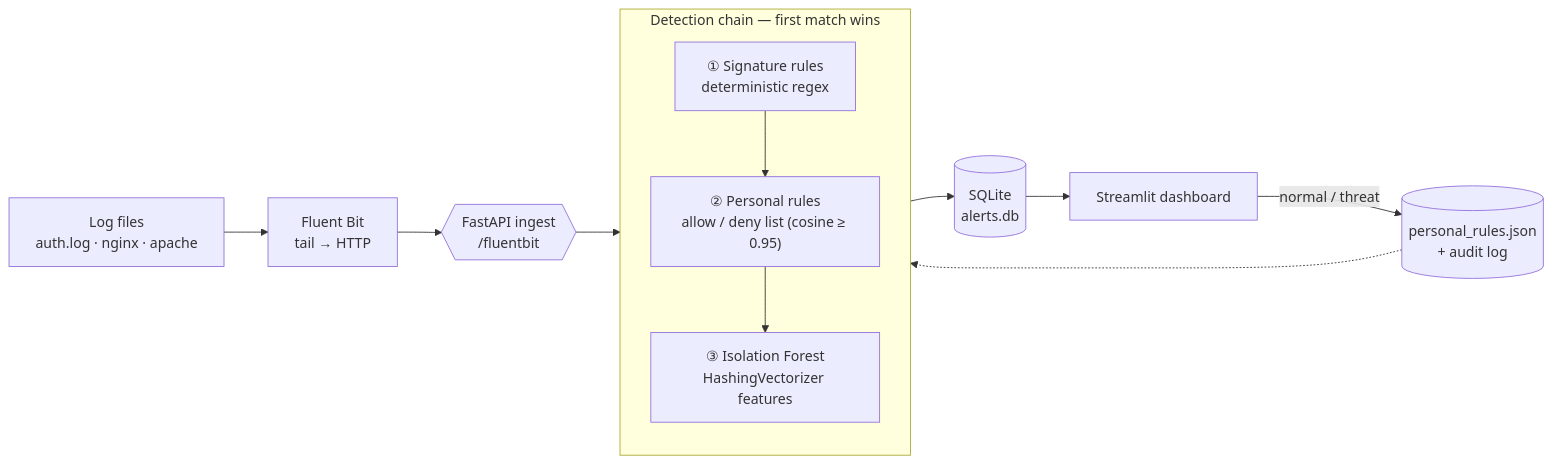
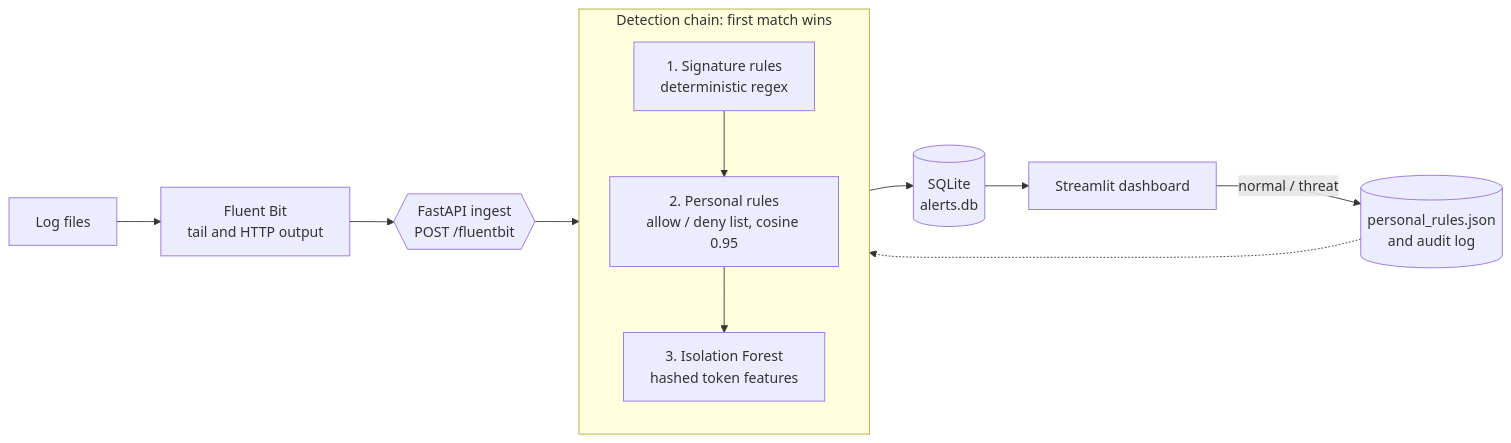
One commit to memspy/logrecon changed the diagram in README.md. Above: the diagram before and after it, drawn with Mermaid. The commit also changed other lines of this file and 31 other files, not shown here.

````diff
--- a/README.md
+++ b/README.md
@@ -74,19 +75,19 @@
 ```mermaid
 flowchart LR
-    A[Log files<br/>auth.log · nginx · apache] --> B[Fluent Bit<br/>tail → HTTP]
-    B --> C{{FastAPI ingest<br/>/fluentbit}}
+    A[Log files] --> B[Fluent Bit<br/>tail and HTTP output]
+    B --> C{{FastAPI ingest<br/>POST /fluentbit}}
 
-    subgraph Detection ["Detection chain — first match wins"]
+    subgraph Detection ["Detection chain: first match wins"]
         direction TB
-        L1["① Signature rules<br/>deterministic regex"]
-        L2["② Personal rules<br/>allow / deny list (cosine ≥ 0.95)"]
-        L3["③ Isolation Forest<br/>HashingVectorizer features"]
+        L1["1. Signature rules<br/>deterministic regex"]
+        L2["2. Personal rules<br/>allow / deny list, cosine 0.95"]
+        L3["3. Isolation Forest<br/>hashed token features"]
         L1 --> L2 --> L3
     end
 
     C --> L1
     L3 --> D[(SQLite<br/>alerts.db)]
     D --> E[Streamlit dashboard]
-    E -- " normal /  threat" --> F[(personal_rules.json<br/>+ audit log)]
+    E -- "normal / threat" --> F[(personal_rules.json<br/>and audit log)]
     F -.-> L2
 ```
````
